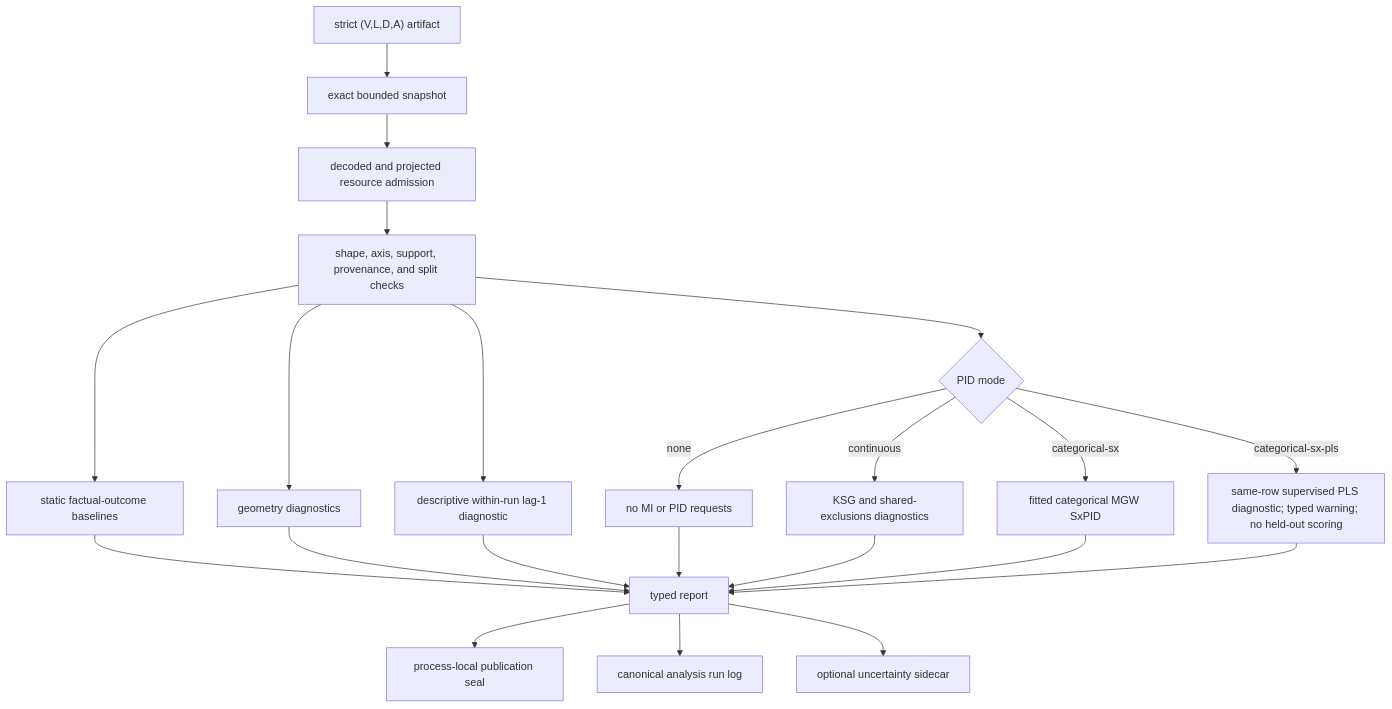
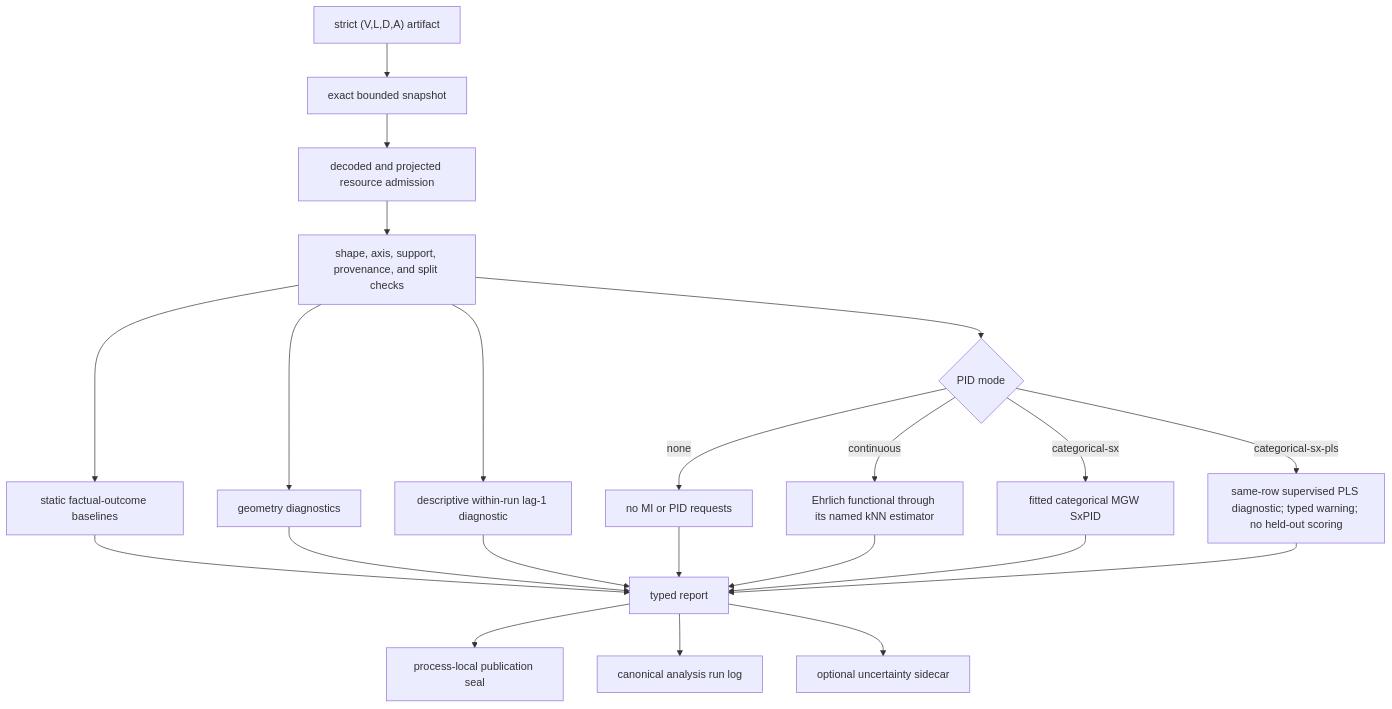
Before and after one commit to sepahead/prisoma: the fourth of 12 diagrams in DIAGRAMS.md, drawn with Mermaid. The commit also changed other lines of this file and 28 other files, not shown here.

````diff
--- a/DIAGRAMS.md
+++ b/DIAGRAMS.md
@@ -90,27 +90,27 @@
 ```mermaid
 flowchart TD
     Artifact["strict (V,L,D,A) artifact"] --> Snapshot["exact bounded snapshot"]
     Snapshot --> Admission["decoded and projected resource admission"]
     Admission --> Contract["shape, axis, support, provenance, and split checks"]
 
     Contract --> Static["static factual-outcome baselines"]
     Contract --> Geometry["geometry diagnostics"]
     Contract --> Temporal["descriptive within-run lag-1 diagnostic"]
     Contract --> PIDMode{"PID mode"}
 
     PIDMode -->|none| NoPid["no MI or PID requests"]
-    PIDMode -->|continuous| Continuous["KSG and shared-exclusions diagnostics"]
+    PIDMode -->|continuous| Continuous["Ehrlich functional through its named kNN estimator"]
     PIDMode -->|categorical-sx| Categorical["fitted categorical MGW SxPID"]
     PIDMode -->|categorical-sx-pls| Pls["same-row supervised PLS diagnostic; typed warning; no held-out scoring"]
 
     Static --> Report["typed report"]
     Geometry --> Report
     Temporal --> Report
     NoPid --> Report
     Continuous --> Report
     Categorical --> Report
     Pls --> Report
     Report --> Seal["process-local publication seal"]
     Report --> AnalysisLog["canonical analysis run log"]
     Report --> Sidecar["optional uncertainty sidecar"]
 ```
````
